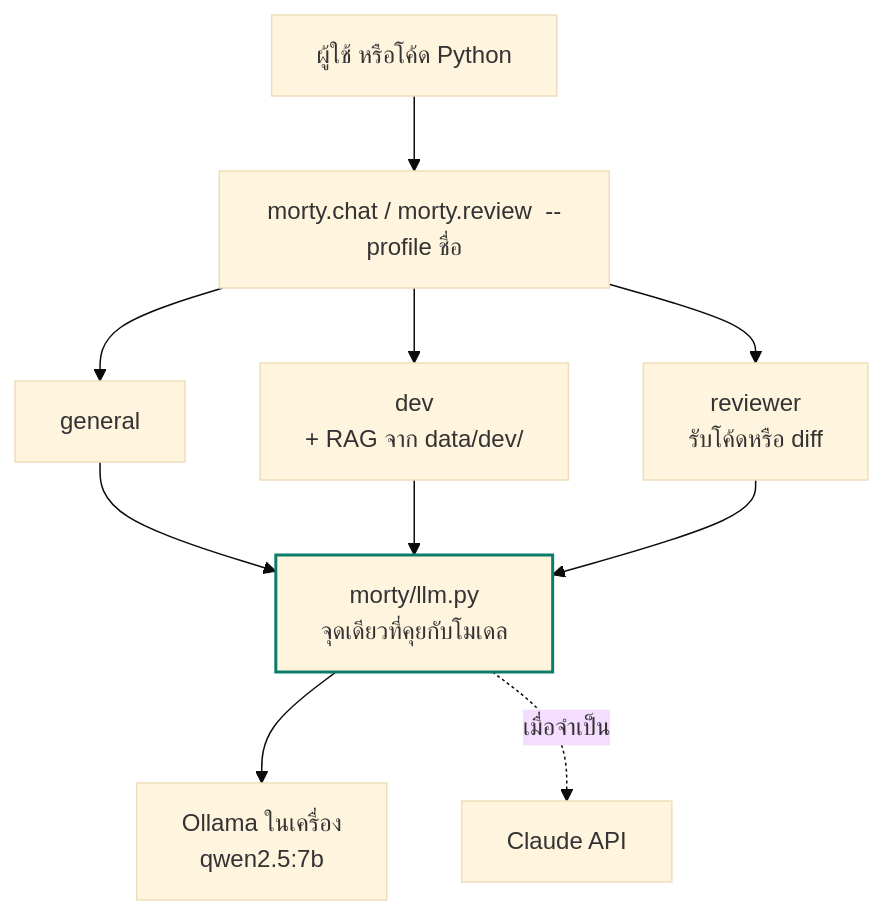
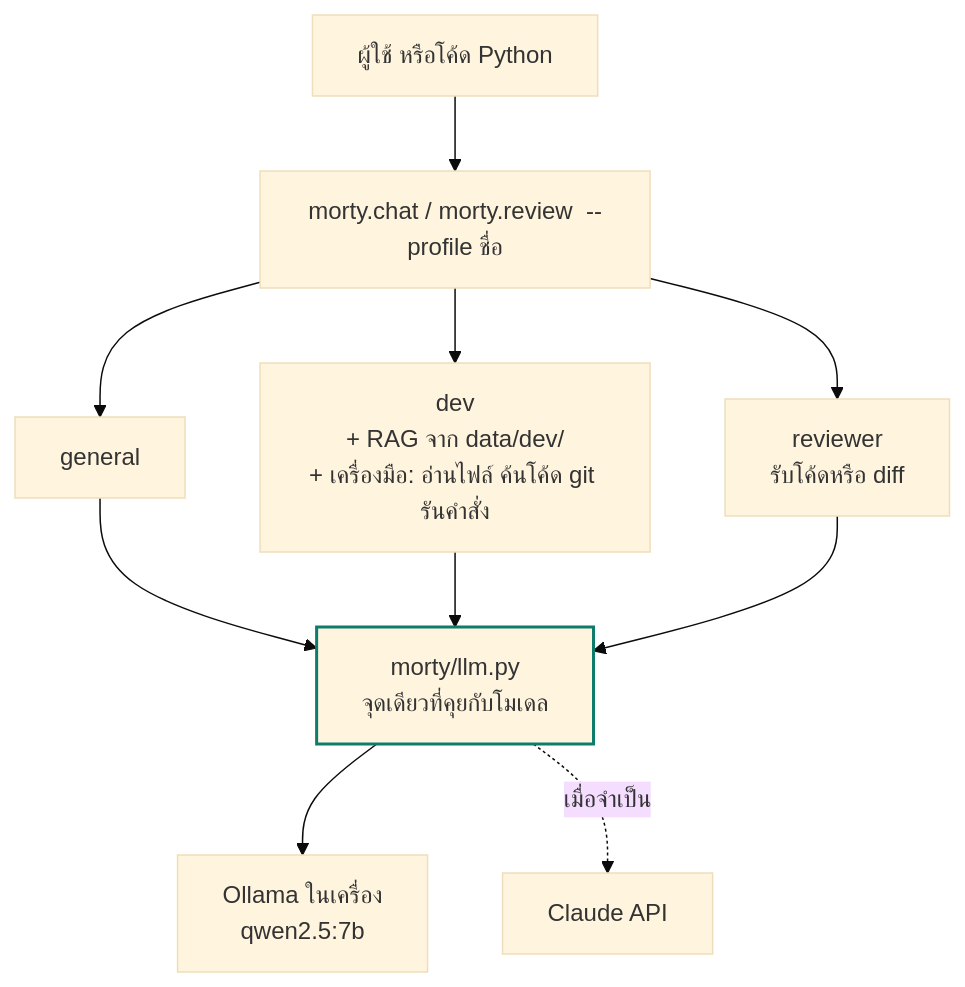
Before and after one commit to b1ll1eee/morty-model: the diagram in README.md, drawn with Mermaid (base theme). The commit also changed other lines of this file and 9 other files, not shown here.

First line of the commit message:
Give the dev profile tools: read files, search code, git, run commands with consent

````diff
--- a/README.md
+++ b/README.md
@@ -58,11 +60,11 @@
 ```mermaid
 flowchart TB
     U[ผู้ใช้ หรือโค้ด Python] --> CLI["morty.chat / morty.review  --profile ชื่อ"]
     CLI --> G["general"]
-    CLI --> D["dev<br/>+ RAG จาก data/dev/"]
+    CLI --> D["dev<br/>+ RAG จาก data/dev/<br/>+ เครื่องมือ: อ่านไฟล์ ค้นโค้ด git รันคำสั่ง"]
     CLI --> R["reviewer<br/>รับโค้ดหรือ diff"]
     G & D & R --> L["morty/llm.py<br/>จุดเดียวที่คุยกับโมเดล"]
     L --> O["Ollama ในเครื่อง<br/>qwen2.5:7b"]
     L -.->|เมื่อจำเป็น| C["Claude API"]
     style L stroke:#0e7c6b,stroke-width:2px
 ```
````
